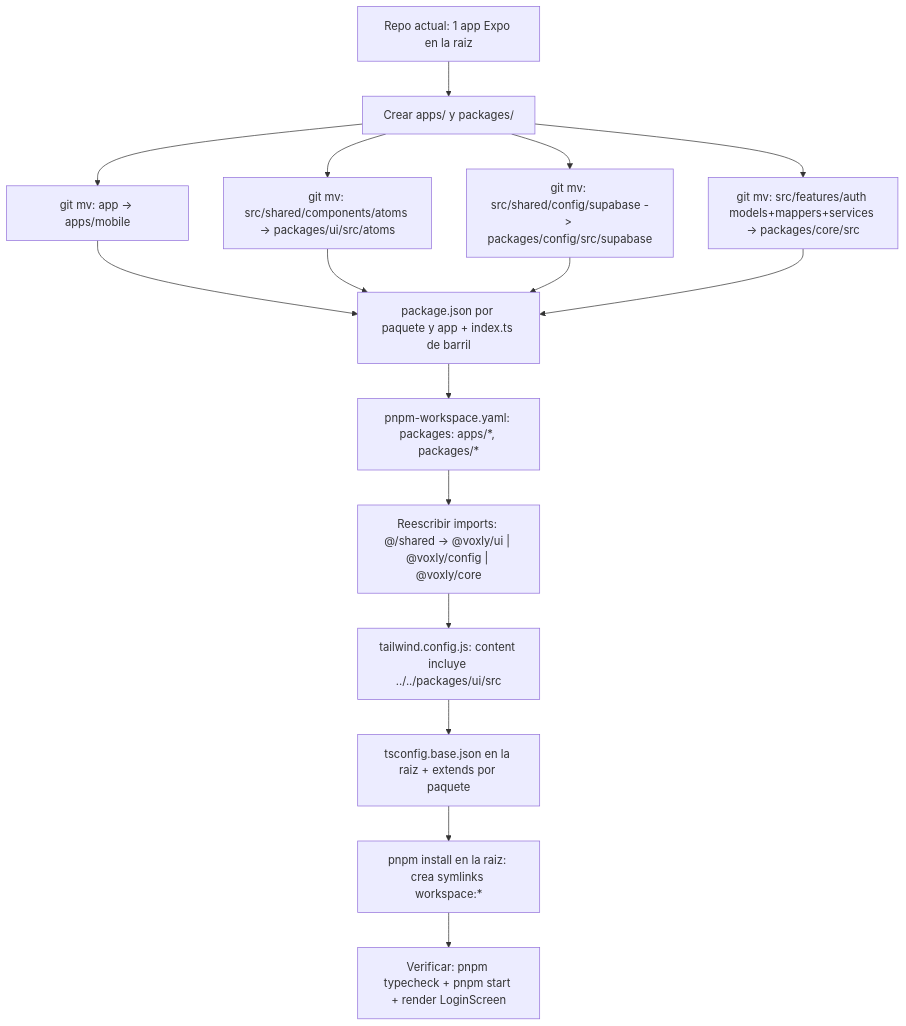
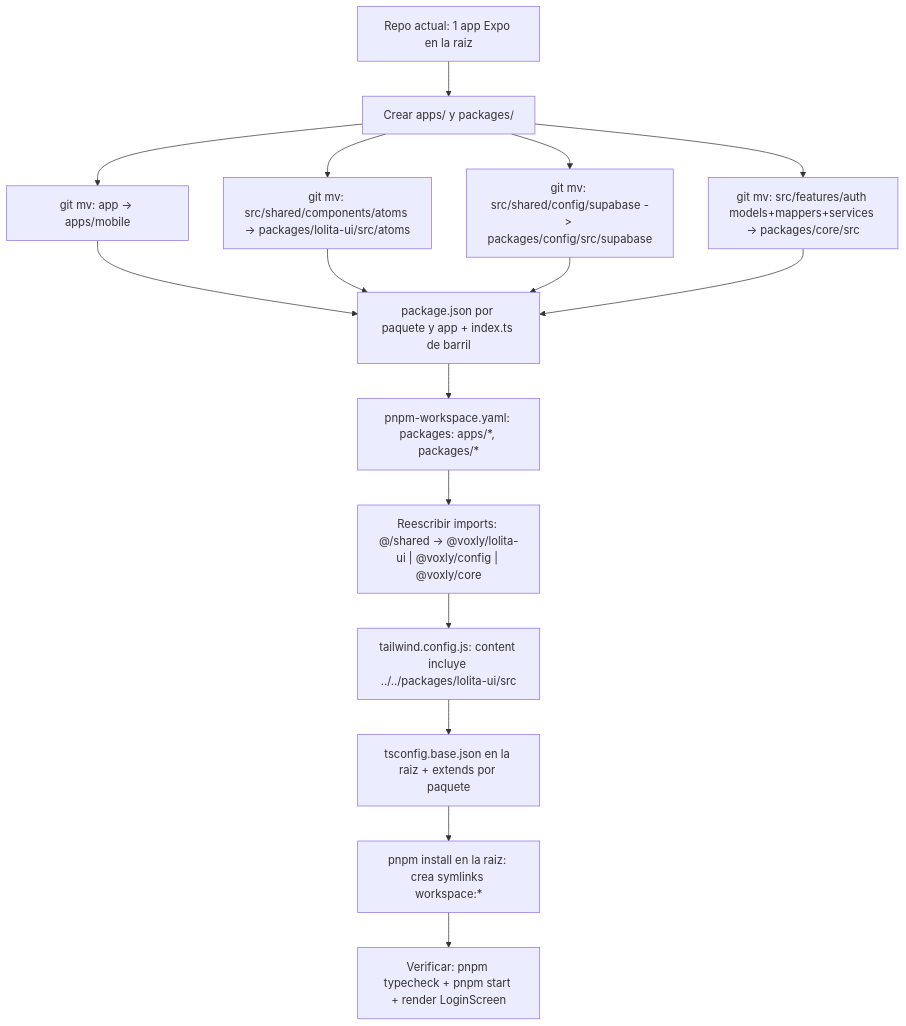
One commit to KevinPeinado33/voxly-ai changed the first of 2 diagrams in docs/monorepo-migration.md. Above: the diagram before and after it, drawn with Mermaid. The commit also changed other lines of this file and 17 other files, not shown here.

Commit message:
refactor: rename @voxly/ui to @voxly/lolita-ui

````diff
--- a/docs/monorepo-migration.md
+++ b/docs/monorepo-migration.md
@@ -32,18 +32,18 @@
 ```mermaid
 flowchart TD
     A[Repo actual: 1 app Expo en la raiz] --> B[Crear apps/ y packages/]
     B --> C[git mv: app -> apps/mobile]
-    B --> D[git mv: src/shared/components/atoms -> packages/ui/src/atoms]
+    B --> D[git mv: src/shared/components/atoms -> packages/lolita-ui/src/atoms]
     B --> E[git mv: src/shared/config/supabase -> packages/config/src/supabase]
     B --> F[git mv: src/features/auth models+mappers+services -> packages/core/src]
     C --> G[package.json por paquete y app + index.ts de barril]
     D --> G
     E --> G
     F --> G
     G --> H["pnpm-workspace.yaml: packages: apps/*, packages/*"]
-    H --> I["Reescribir imports: @/shared -> @voxly/ui | @voxly/config | @voxly/core"]
-    I --> J["tailwind.config.js: content incluye ../../packages/ui/src"]
+    H --> I["Reescribir imports: @/shared -> @voxly/lolita-ui | @voxly/config | @voxly/core"]
+    I --> J["tailwind.config.js: content incluye ../../packages/lolita-ui/src"]
     J --> K[tsconfig.base.json en la raiz + extends por paquete]
     K --> L["pnpm install en la raiz: crea symlinks workspace:*"]
     L --> M["Verificar: pnpm typecheck + pnpm start + render LoginScreen"]
 ```
````
